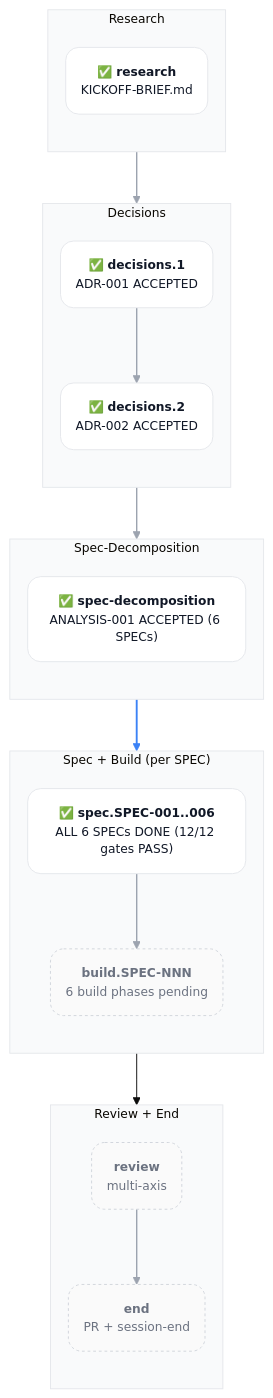
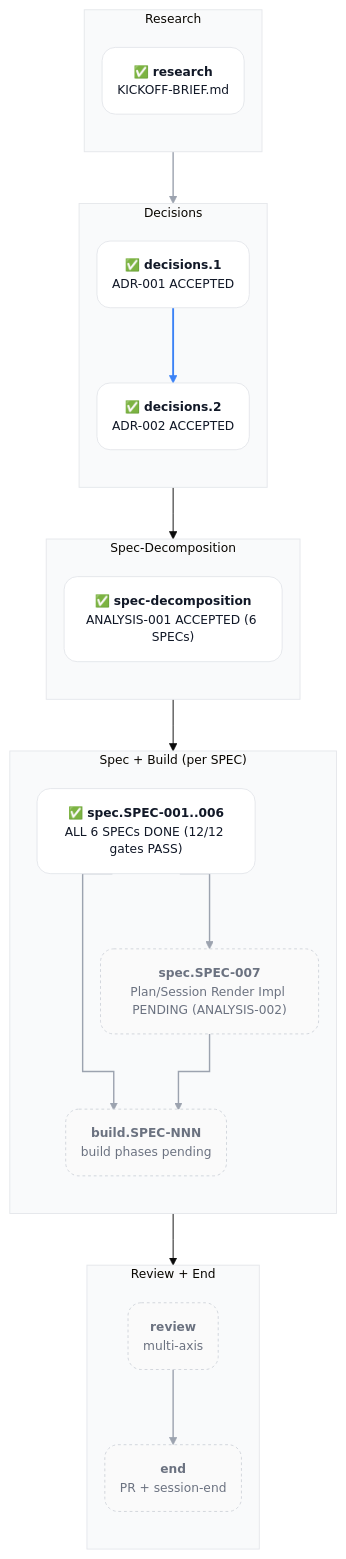
Before and after one commit to acmelabs-15/skills: the first of 10 diagrams in docs/planning/PLAN-001-skills-ecosystem.md, drawn with Mermaid. The commit also changed other lines of this file and 2 other files, not shown here.

First line of the commit message:
feat(plan): persist plan/session render architecture exploration (ANALYSIS-002 + spec.SPEC-007 stub + new session)

````diff
--- a/docs/planning/PLAN-001-skills-ecosystem.md
+++ b/docs/planning/PLAN-001-skills-ecosystem.md
@@ -77,49 +80,52 @@
 ```mermaid
 %%{init: {'theme':'base','flowchart':{'curve':'stepAfter','nodeSpacing':18,'rankSpacing':55,'padding':16,'diagramPadding':20,'htmlLabels':true},'themeVariables':{'fontFamily':'-apple-system, BlinkMacSystemFont, system-ui, sans-serif','fontSize':'13px','clusterBkg':'#f9fafb','clusterBorder':'#e5e7eb'},'themeCSS':'.edgePath path, .flowchart-link { stroke-linejoin: round !important; stroke-linecap: round !important; } .cluster-label .nodeLabel { font-family: ui-monospace, SFMono-Regular, Menlo, monospace !important; font-size: 11px !important; font-weight: 600 !important; letter-spacing: 0.1em !important; text-transform: uppercase !important; color: #6b7280 !important; }'}}%%
 graph TD
 
   classDef done fill:#ffffff,stroke:#e5e7eb,stroke-width:1px,color:#111827,rx:14,ry:14
   classDef pending fill:#fafafa,stroke:#d1d5db,stroke-width:1px,color:#6b7280,stroke-dasharray:3 3,rx:14,ry:14
 
   subgraph R ["Research"]
     direction TB
     research("✅ <b>research</b><br/><span style='color:#6b7280;font-size:11px'>KICKOFF-BRIEF.md</span>")
   end
 
   subgraph D ["Decisions"]
     direction TB
     d1("✅ <b>decisions.1</b><br/><span style='color:#6b7280;font-size:11px'>ADR-001 ACCEPTED</span>")
     d2("✅ <b>decisions.2</b><br/><span style='color:#6b7280;font-size:11px'>ADR-002 ACCEPTED</span>")
   end
 
   subgraph S ["Spec-Decomposition"]
     direction TB
     sd("✅ <b>spec-decomposition</b><br/><span style='color:#6b7280;font-size:11px'>ANALYSIS-001 ACCEPTED (6 SPECs)</span>")
   end
 
   subgraph SB ["Spec + Build (per SPEC)"]
     direction TB
     spec_n("✅ <b>spec.SPEC-001..006</b><br/><span style='color:#6b7280;font-size:11px'>ALL 6 SPECs DONE (12/12 gates PASS)</span>")
-    build_n("<b>build.SPEC-NNN</b><br/><span style='color:#6b7280;font-size:11px'>6 build phases pending</span>")
+    spec_007("<b>spec.SPEC-007</b><br/><span style='color:#6b7280;font-size:11px'>Plan/Session Render Impl PENDING (ANALYSIS-002)</span>")
+    build_n("<b>build.SPEC-NNN</b><br/><span style='color:#6b7280;font-size:11px'>build phases pending</span>")
+    spec_n --> spec_007
     spec_n --> build_n
+    spec_007 --> build_n
   end
 
   subgraph RE ["Review + End"]
     direction TB
     review("<b>review</b><br/><span style='color:#6b7280;font-size:11px'>multi-axis</span>")
     fin("<b>end</b><br/><span style='color:#6b7280;font-size:11px'>PR + session-end</span>")
     review --> fin
   end
 
   research --> d1
   d1 --> d2
   d2 --> sd
   sd --> spec_n
   build_n --> review
 
   class research,d1,d2,sd,spec_n done
-  class build_n,review,fin pending
+  class spec_007,build_n,review,fin pending
 
   linkStyle 0,1,2,3,4 stroke:#9ca3af,stroke-width:1.5px
   linkStyle 5 stroke:#3b82f6,stroke-width:2px
 ```
````
